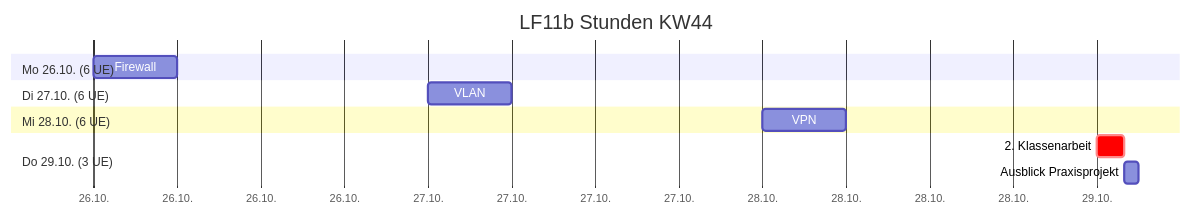
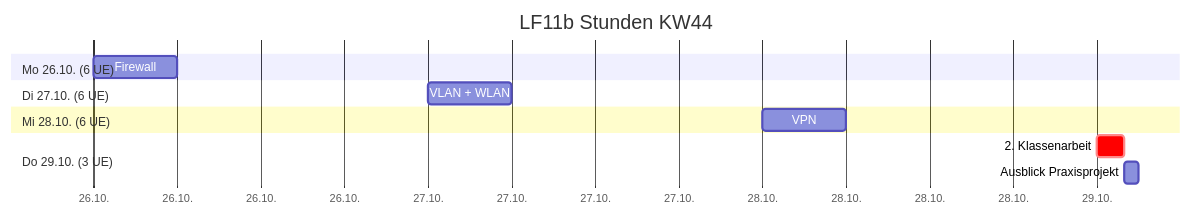
One commit to johannesloetzsch/LF11b changed the third of 3 diagrams in src/plan/plan.md. Above: the diagram before and after it, drawn with Mermaid. The commit also changed other lines of this file and 1 other file, not shown here.

````diff
--- a/src/plan/plan.md
+++ b/src/plan/plan.md
@@ -134,15 +134,15 @@
 ```mermaid
 gantt
     title LF11b Stunden KW44
     dateFormat YYYY-MM-DD
     axisFormat %d.%m.
     section Mo 26.10. (6 UE)
         Firewall : 2026-10-26, 6h
     section Di 27.10. (6 UE)
-        VLAN : 2026-10-27, 6h
+        VLAN + WLAN : 2026-10-27, 6h
     section Mi 28.10. (6 UE)
         VPN : 2026-10-28, 6h
     section Do 29.10. (3 UE)
         2. Klassenarbeit : crit, 2026_10_29_ka, 2026-10-29, 2h
         Ausblick Praxisprojekt : after 2026_10_29_ka, 1h
 ```
````
